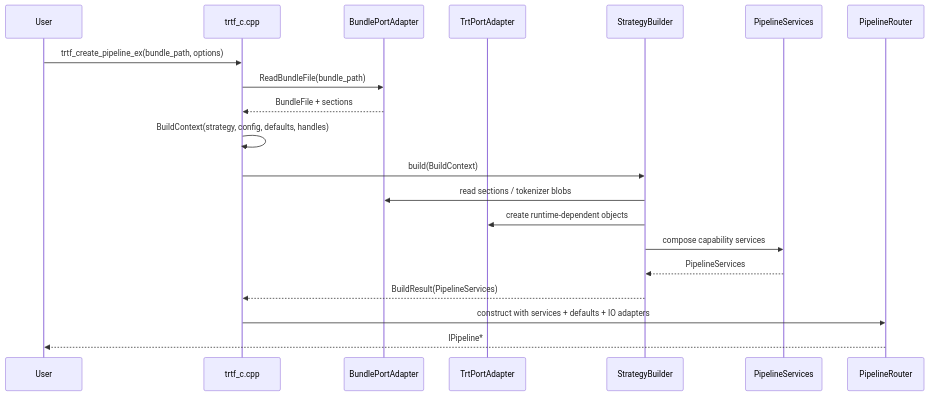
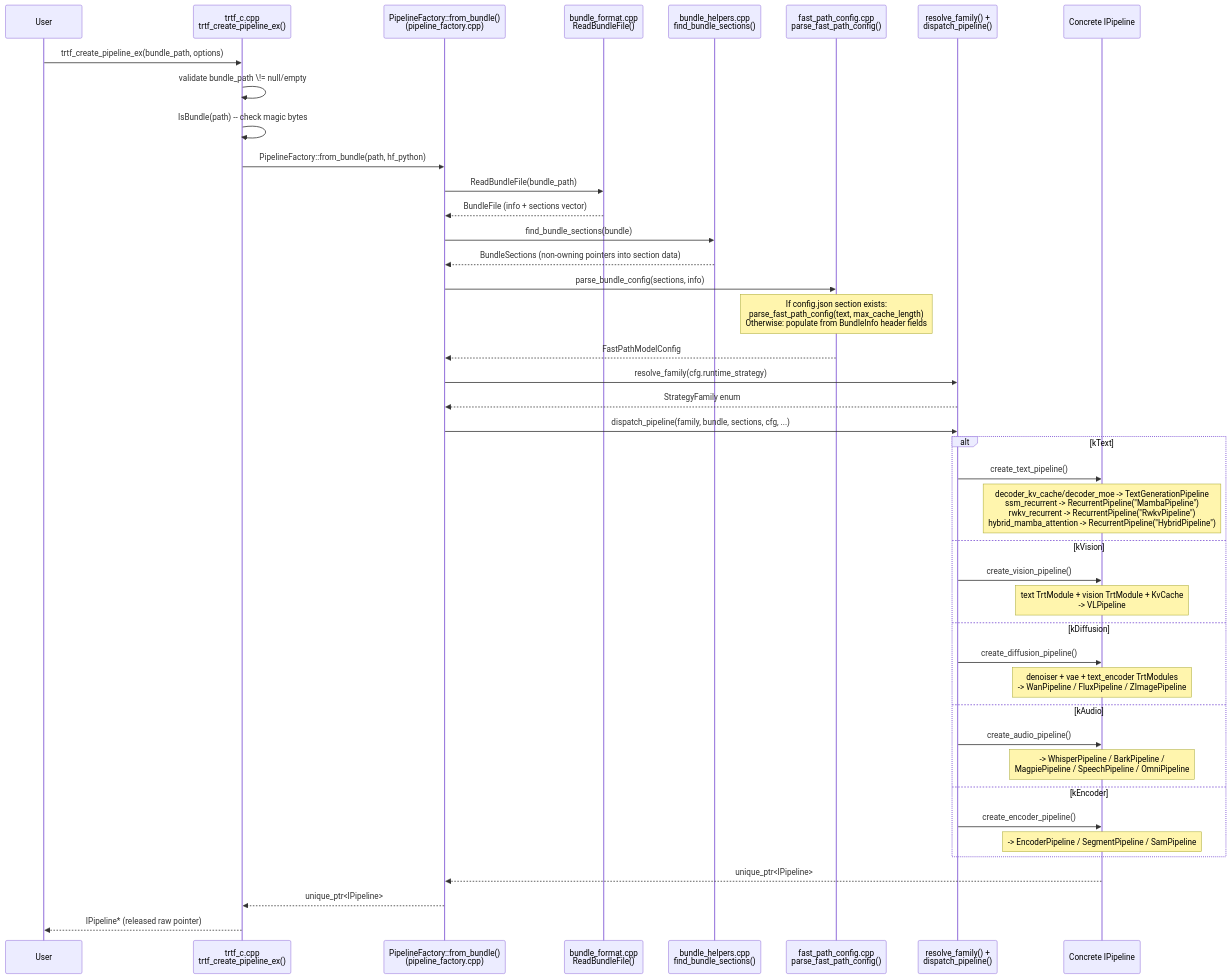
One commit to AbishekCoder1/TensorRT-Model-Connect changed the second of 8 diagrams in docs/wiki/Dynamic-Design.md. Above: the diagram before and after it, drawn with Mermaid. The commit also changed other lines of this file and 146 other files, not shown here.

````diff
--- a/docs/wiki/Dynamic-Design.md
+++ b/docs/wiki/Dynamic-Design.md
@@ -27,23 +89,45 @@
 ```mermaid
 sequenceDiagram
     participant User
-    participant CABI as trtf_c.cpp
-    participant Bundle as BundlePortAdapter
-    participant TRT as TrtPortAdapter
-    participant Builder as StrategyBuilder
-    participant Services as PipelineServices
-    participant Router as PipelineRouter
+    participant CABI as trtf_c.cpp<br/>trtf_create_pipeline_ex()
+    participant Factory as PipelineFactory::from_bundle()<br/>(pipeline_factory.cpp)
+    participant Bundle as bundle_format.cpp<br/>ReadBundleFile()
+    participant Sections as bundle_helpers.cpp<br/>find_bundle_sections()
+    participant Config as fast_path_config.cpp<br/>parse_fast_path_config()
+    participant Dispatch as resolve_family() +<br/>dispatch_pipeline()
+    participant Pipeline as Concrete IPipeline
 
     User->>CABI: trtf_create_pipeline_ex(bundle_path, options)
-    CABI->>Bundle: ReadBundleFile(bundle_path)
-    Bundle-->>CABI: BundleFile + sections
-    CABI->>CABI: BuildContext(strategy, config, defaults, handles)
-    CABI->>Builder: build(BuildContext)
-    Builder->>Bundle: read sections / tokenizer blobs
-    Builder->>TRT: create runtime-dependent objects
-    Builder->>Services: compose capability services
-    Services-->>Builder: PipelineServices
-    Builder-->>CABI: BuildResult(PipelineServices)
-    CABI->>Router: construct with services + defaults + IO adapters
-    Router-->>User: IPipeline*
+    CABI->>CABI: validate bundle_path \!= null/empty
+    CABI->>CABI: IsBundle(path) -- check magic bytes
+    CABI->>Factory: PipelineFactory::from_bundle(path, hf_python)
+    Factory->>Bundle: ReadBundleFile(bundle_path)
+    Bundle-->>Factory: BundleFile (info + sections vector)
+    Factory->>Sections: find_bundle_sections(bundle)
+    Sections-->>Factory: BundleSections (non-owning pointers into section data)
+    Factory->>Config: parse_bundle_config(sections, info)
+    Note over Config: If config.json section exists:<br/>parse_fast_path_config(text, max_cache_length)<br/>Otherwise: populate from BundleInfo header fields
+    Config-->>Factory: FastPathModelConfig
+    Factory->>Dispatch: resolve_family(cfg.runtime_strategy)
+    Dispatch-->>Factory: StrategyFamily enum
+    Factory->>Dispatch: dispatch_pipeline(family, bundle, sections, cfg, ...)
+    alt kText
+        Dispatch->>Pipeline: create_text_pipeline()
+        Note over Pipeline: decoder_kv_cache/decoder_moe -> TextGenerationPipeline<br/>ssm_recurrent -> RecurrentPipeline("MambaPipeline")<br/>rwkv_recurrent -> RecurrentPipeline("RwkvPipeline")<br/>hybrid_mamba_attention -> RecurrentPipeline("HybridPipeline")
+    else kVision
+        Dispatch->>Pipeline: create_vision_pipeline()
+        Note over Pipeline: text TrtModule + vision TrtModule + KvCache<br/>-> VLPipeline
+    else kDiffusion
+        Dispatch->>Pipeline: create_diffusion_pipeline()
+        Note over Pipeline: denoiser + vae + text_encoder TrtModules<br/>-> WanPipeline / FluxPipeline / ZImagePipeline
+    else kAudio
+        Dispatch->>Pipeline: create_audio_pipeline()
+        Note over Pipeline: -> WhisperPipeline / BarkPipeline /<br/>MagpiePipeline / SpeechPipeline / OmniPipeline
+    else kEncoder
+        Dispatch->>Pipeline: create_encoder_pipeline()
+        Note over Pipeline: -> EncoderPipeline / SegmentPipeline / SamPipeline
+    end
+    Pipeline-->>Factory: unique_ptr<IPipeline>
+    Factory-->>CABI: unique_ptr<IPipeline>
+    CABI-->>User: IPipeline* (released raw pointer)
 ```
````
